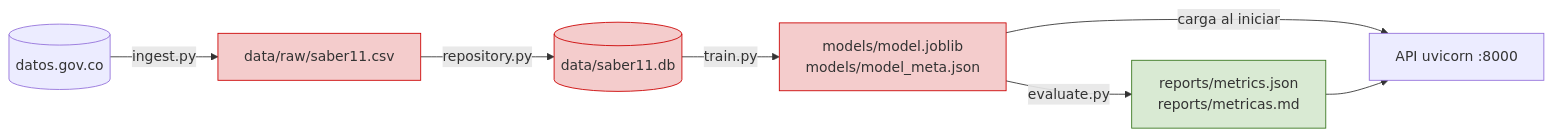
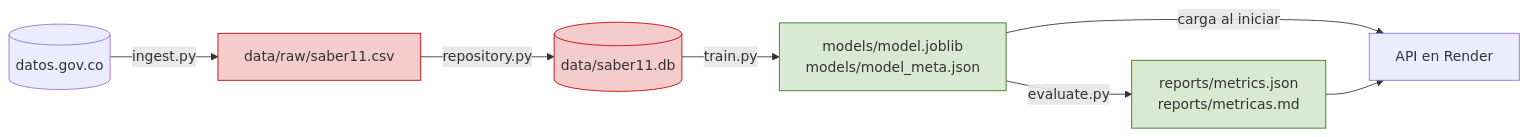
The diagram in docs/adr/0003-almacenamiento-despliegue.md (contracamilo/proyectoFinal_saber11), drawn with Mermaid before and after one commit. The commit also changed other lines of this file, not shown here.

Commit message:
docs(adr): actualiza ADR-003 con el despliegue en Render

````diff
--- a/docs/adr/0003-almacenamiento-despliegue.md
+++ b/docs/adr/0003-almacenamiento-despliegue.md
@@ -64,13 +67,13 @@
 ```mermaid
 flowchart LR
     API[(datos.gov.co)] -->|ingest.py| CSV[data/raw/saber11.csv]
     CSV -->|repository.py| DB[(data/saber11.db)]
     DB -->|train.py| ART[models/model.joblib<br/>models/model_meta.json]
     ART -->|evaluate.py| REP[reports/metrics.json<br/>reports/metricas.md]
-    ART -->|carga al iniciar| SVC[API uvicorn :8000]
+    ART -->|carga al iniciar| SVC[API en Render]
     REP --> SVC
     classDef nogit fill:#f4cccc,stroke:#cc0000
     classDef git fill:#d9ead3,stroke:#38761d
-    class CSV,DB,ART nogit
-    class REP git
+    class CSV,DB nogit
+    class ART,REP git
 ```
````
